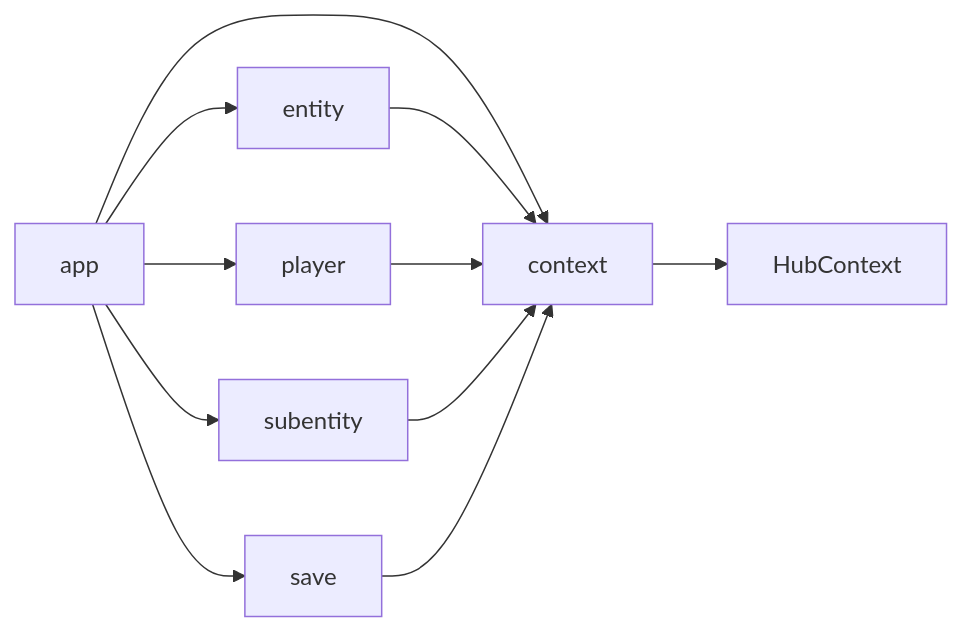
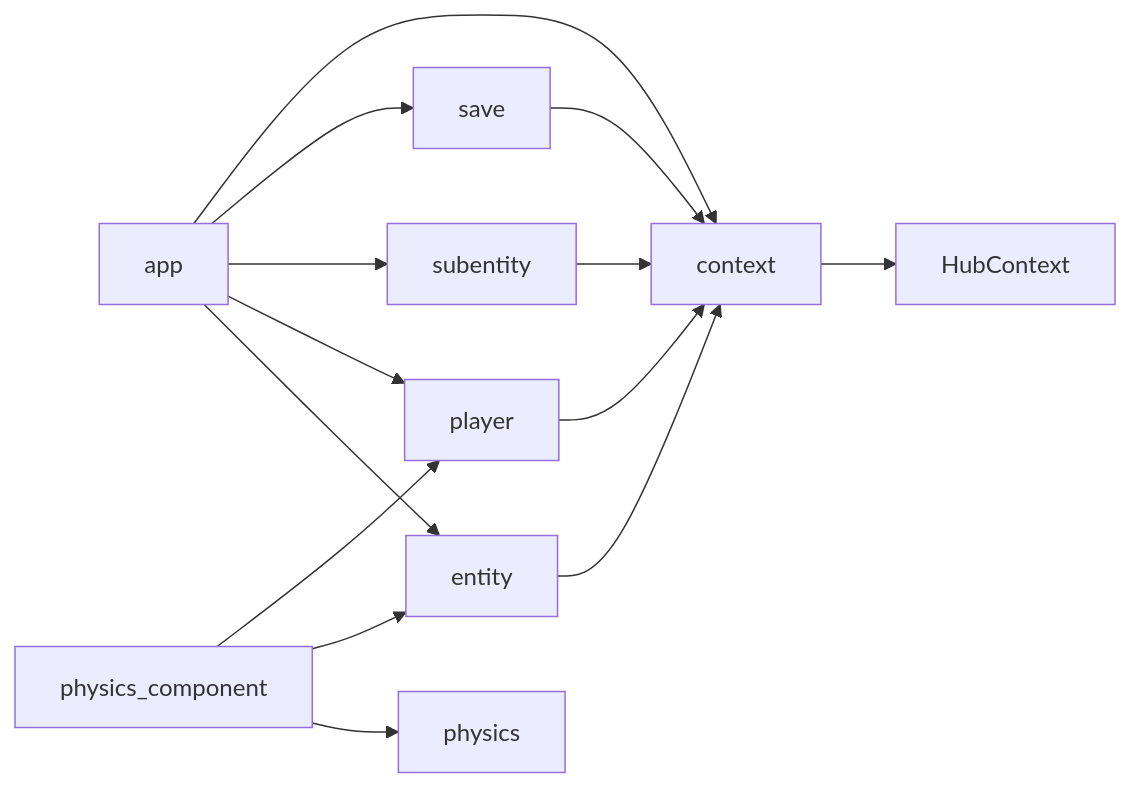
One commit to qianqians/geese changed the tenth of 10 diagrams in .qoder/repowiki/zh/content/实体管理系统/实体管理系统.md. Above: the diagram before and after it, drawn with Mermaid. The commit also changed other lines of this file and 5 other files, not shown here.

````diff
--- a/.qoder/repowiki/zh/content/实体管理系统/实体管理系统.md
+++ b/.qoder/repowiki/zh/content/实体管理系统/实体管理系统.md
@@ -395,13 +477,16 @@
 ```mermaid
 graph LR
 APP["app"] --> ENT["entity"]
 APP --> PLR["player"]
 APP --> SUB["subentity"]
 APP --> SAVE["save"]
 APP --> CTX["context"]
 ENT --> CTX
 PLR --> CTX
 SUB --> CTX
 SAVE --> CTX
 CTX --> HUB["HubContext"]
+PHCOMP["physics_component"] --> PHYS["physics"]
+PHCOMP --> ENT
+PHCOMP --> PLR
 ```
````
